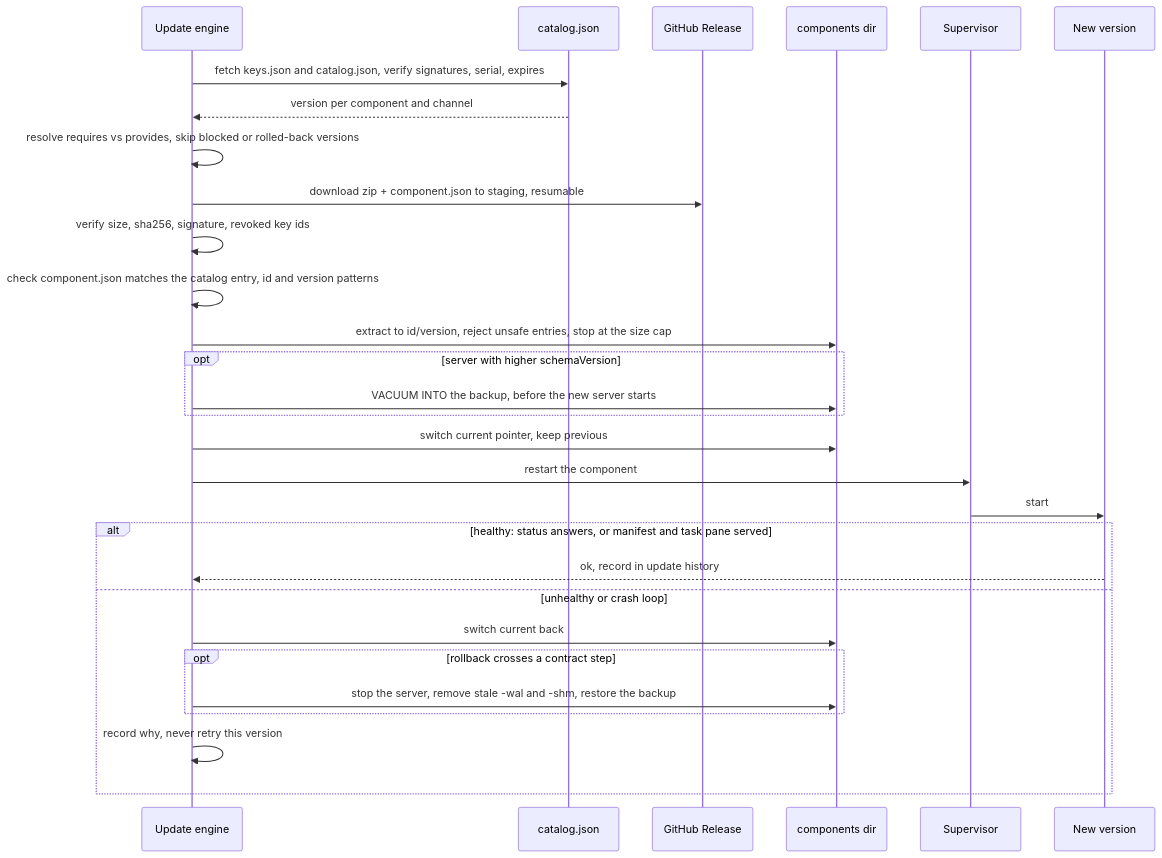
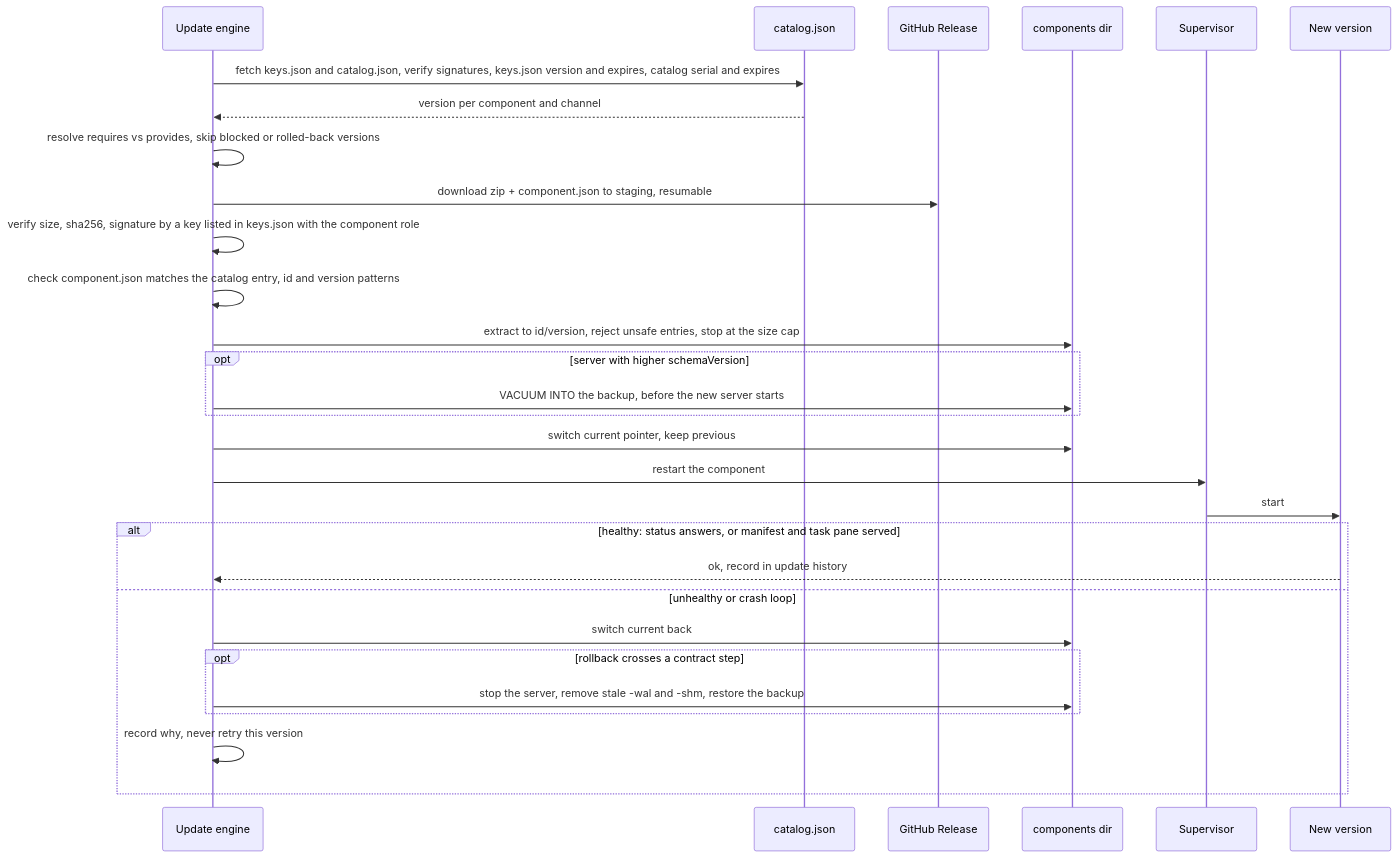
One commit to Disble/stylistic-hub changed the third of 3 diagrams in docs/architecture.md. Above: the diagram before and after it, drawn with Mermaid. The commit also changed other lines of this file and 3 other files, not shown here.

Commit message:
docs: version the key list and pin the cutover and hub install steps

````diff
--- a/docs/architecture.md
+++ b/docs/architecture.md
@@ -127,32 +127,32 @@
 ```mermaid
 sequenceDiagram
   participant E as Update engine
   participant C as catalog.json
   participant R as GitHub Release
   participant D as components dir
   participant S as Supervisor
   participant X as New version
 
-  E->>C: fetch keys.json and catalog.json, verify signatures, serial, expires
+  E->>C: fetch keys.json and catalog.json, verify signatures, keys.json version and expires, catalog serial and expires
   C-->>E: version per component and channel
   E->>E: resolve requires vs provides, skip blocked or rolled-back versions
   E->>R: download zip + component.json to staging, resumable
-  E->>E: verify size, sha256, signature, revoked key ids
+  E->>E: verify size, sha256, signature by a key listed in keys.json with the component role
   E->>E: check component.json matches the catalog entry, id and version patterns
   E->>D: extract to id/version, reject unsafe entries, stop at the size cap
   opt server with higher schemaVersion
     E->>D: VACUUM INTO the backup, before the new server starts
   end
   E->>D: switch current pointer, keep previous
   E->>S: restart the component
   S->>X: start
   alt healthy: status answers, or manifest and task pane served
     X-->>E: ok, record in update history
   else unhealthy or crash loop
     E->>D: switch current back
     opt rollback crosses a contract step
       E->>D: stop the server, remove stale -wal and -shm, restore the backup
     end
     E->>E: record why, never retry this version
   end
 ```
````
